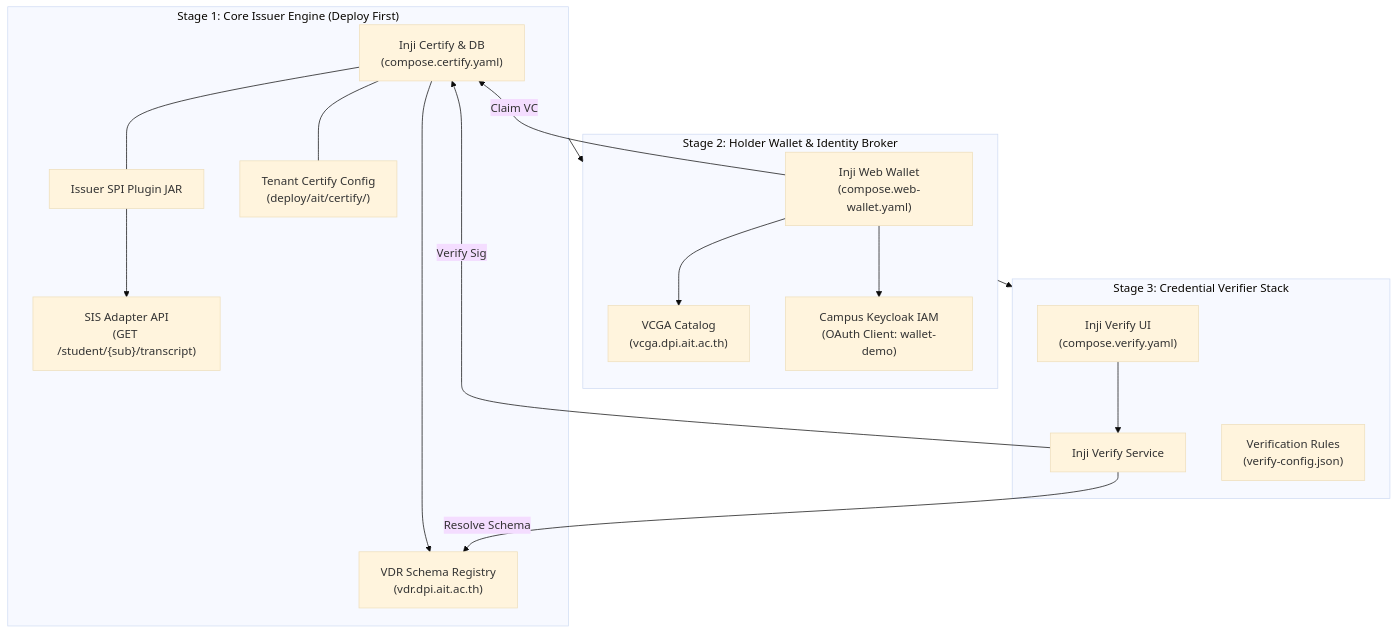
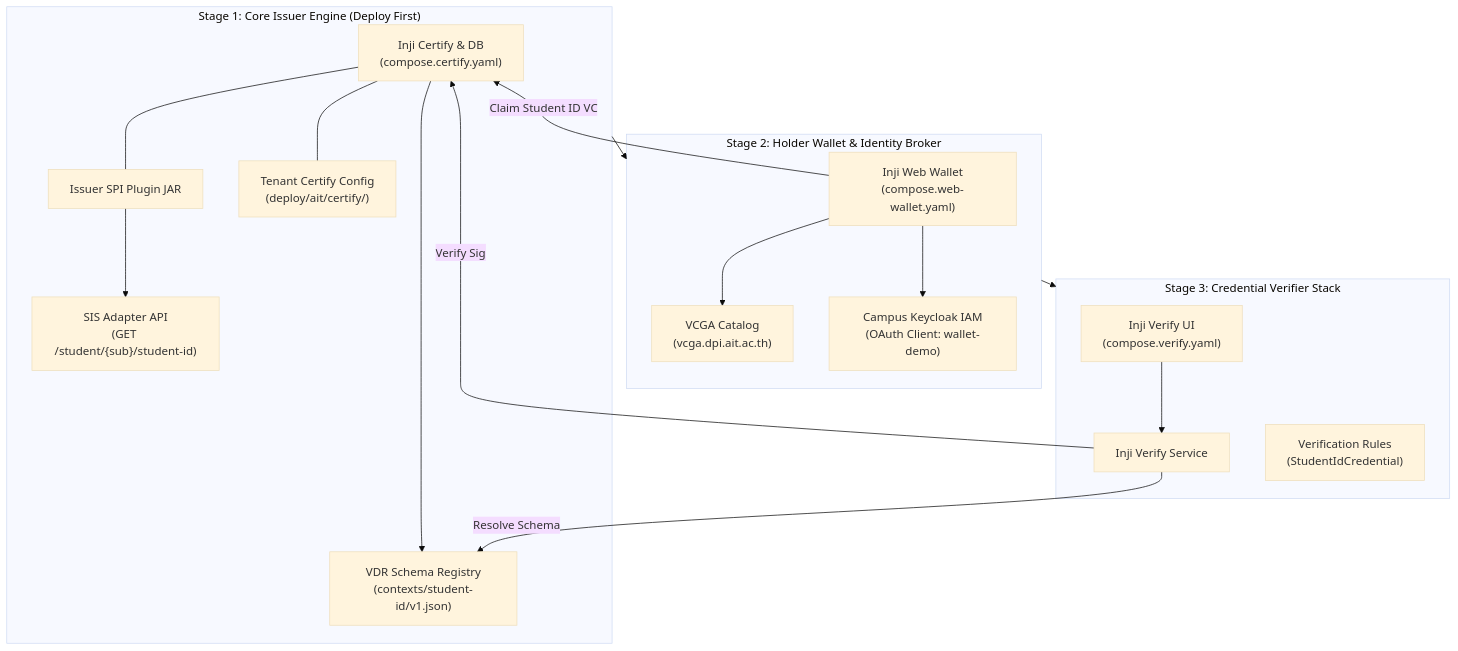
Before and after one commit to mosip-asia/ait-issuer-platform: the diagram in docs/guides/day-0-deployment.md, drawn with Mermaid (base theme). The commit also changed other lines of this file and 3 other files, not shown here.

````diff
--- a/docs/guides/day-0-deployment.md
+++ b/docs/guides/day-0-deployment.md
@@ -19,34 +25,34 @@
 ```mermaid
 flowchart TD
     subgraph S1["Stage 1: Core Issuer Engine (Deploy First)"]
         Certify["Inji Certify & DB<br>(compose.certify.yaml)"]
         Plugin["Issuer SPI Plugin JAR"]
         TenantCfg["Tenant Certify Config<br>(deploy/ait/certify/)"]
-        Adapter["SIS Adapter API<br>(GET /student/{sub}/transcript)"]
-        VDR["VDR Schema Registry<br>(vdr.dpi.ait.ac.th)"]
+        Adapter["SIS Adapter API<br>(GET /student/{sub}/student-id)"]
+        VDR["VDR Schema Registry<br>(contexts/student-id/v1.json)"]
         Certify --- Plugin
         Certify --- TenantCfg
         Plugin --> Adapter
         Certify --> VDR
     end
 
     subgraph S2["Stage 2: Holder Wallet & Identity Broker"]
         Wallet["Inji Web Wallet<br>(compose.web-wallet.yaml)"]
         VCGA["VCGA Catalog<br>(vcga.dpi.ait.ac.th)"]
         Keycloak["Campus Keycloak IAM<br>(OAuth Client: wallet-demo)"]
         Wallet --> VCGA
         Wallet --> Keycloak
-        Wallet -->|"Claim VC"| Certify
+        Wallet -->|"Claim Student ID VC"| Certify
     end
 
     subgraph S3["Stage 3: Credential Verifier Stack"]
         VerifyUI["Inji Verify UI<br>(compose.verify.yaml)"]
         VerifyService["Inji Verify Service"]
-        VerifyRules["Verification Rules<br>(verify-config.json)"]
+        VerifyRules["Verification Rules<br>(StudentIdCredential)"]
         VerifyUI --> VerifyService
         VerifyService -->|"Verify Sig"| Certify
         VerifyService -->|"Resolve Schema"| VDR
     end
 
     S1 --> S2 --> S3
 ```
````
